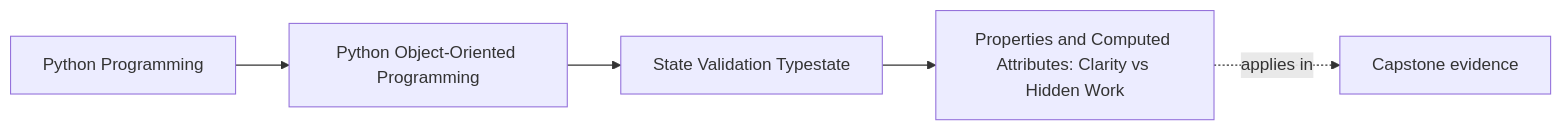
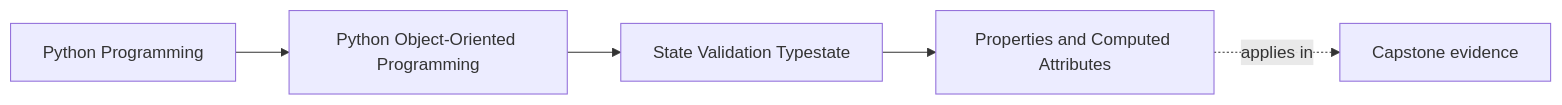
Before and after one commit to bijux/bijux-masterclass: the first of 2 diagrams in programs/python-programming/python-object-oriented-programming/course-book/module-03-state-validation-typestate/properties-and-computed-attributes.md, drawn with Mermaid. The commit also changed other lines of this file, not shown here.

Commit message:
docs(oop): keep properties honest about hidden work

````diff
--- a/programs/python-programming/python-object-oriented-programming/course-book/module-03-state-validation-typestate/properties-and-computed-attributes.md
+++ b/programs/python-programming/python-object-oriented-programming/course-book/module-03-state-validation-typestate/properties-and-computed-attributes.md
@@ -7,11 +6,11 @@
 ```mermaid
 graph LR
   family["Python Programming"]
   program["Python Object-Oriented Programming"]
   section["State Validation Typestate"]
-  page["Properties and Computed Attributes: Clarity vs Hidden Work"]
+  page["Properties and Computed Attributes"]
   capstone["Capstone evidence"]
 
   family --> program --> section --> page
   page -.applies in.-> capstone
 ```
````
